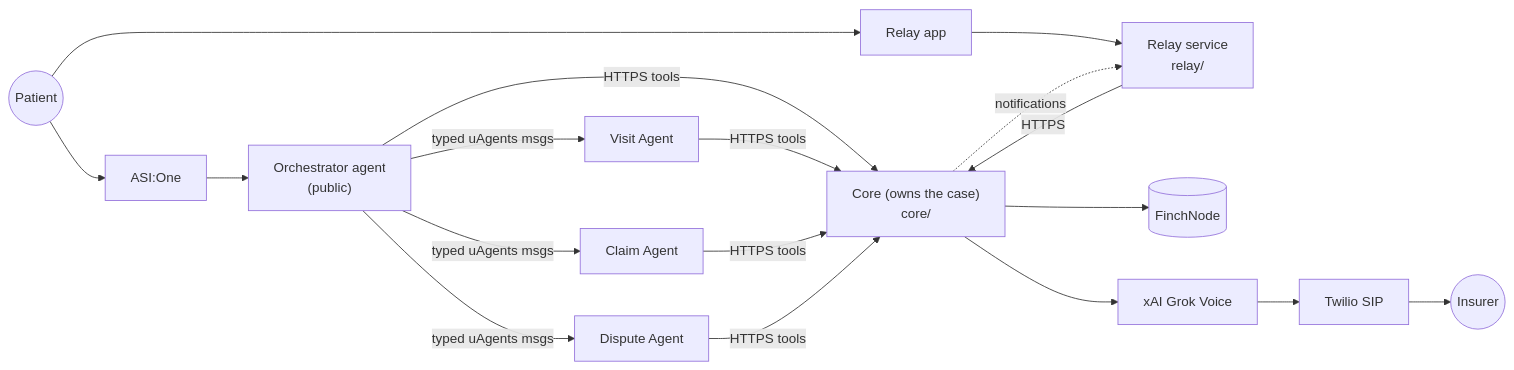
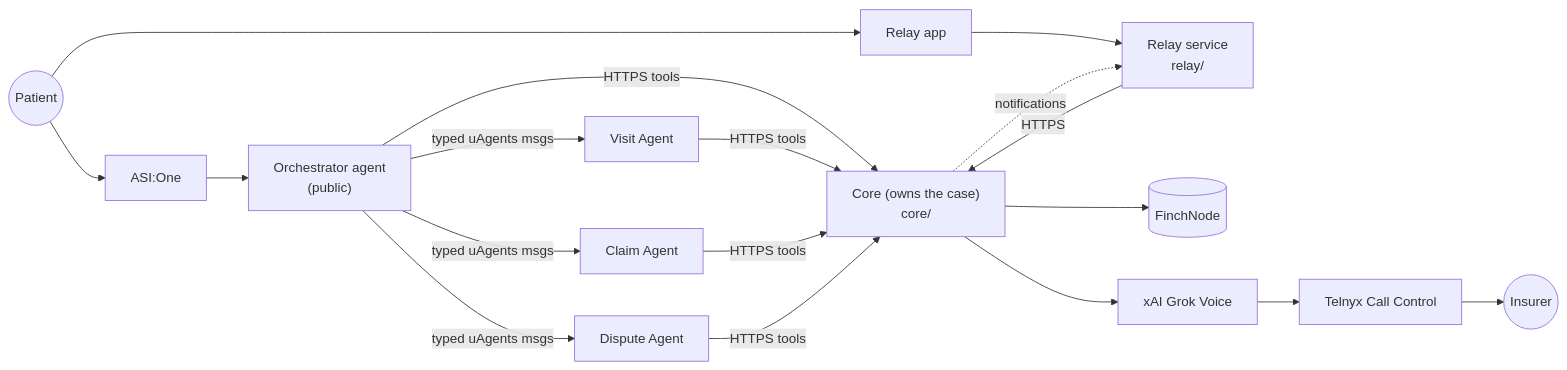
One commit to Shrish-07/Supreme-Waffles changed the diagram in README.md. Above: the diagram before and after it, drawn with Mermaid. The commit also changed other lines of this file and 16 other files, not shown here.

First line of the commit message:
feat(telephony): replace Twilio with Telnyx Call Control + signed webhook bridge

````diff
--- a/README.md
+++ b/README.md
@@ -35,11 +35,11 @@
 ```mermaid
 flowchart LR
     P((Patient)) --> ASI[ASI:One] --> O["Orchestrator agent<br/>(public)"]
     P --> RP[Relay app] --> R["Relay service<br/>relay/"]
     O -- typed uAgents msgs --> V[Visit Agent] & C[Claim Agent] & D[Dispute Agent]
     O & V & C & D -- HTTPS tools --> CORE["Core (owns the case)<br/>core/"]
     R -- HTTPS --> CORE
     CORE --> FN[(FinchNode)]
-    CORE --> VOICE[xAI Grok Voice] --> SIP[Twilio SIP] --> INS((Insurer))
+    CORE --> VOICE[xAI Grok Voice] --> SIP[Telnyx Call Control] --> INS((Insurer))
     CORE -. notifications .-> R
 ```
````
